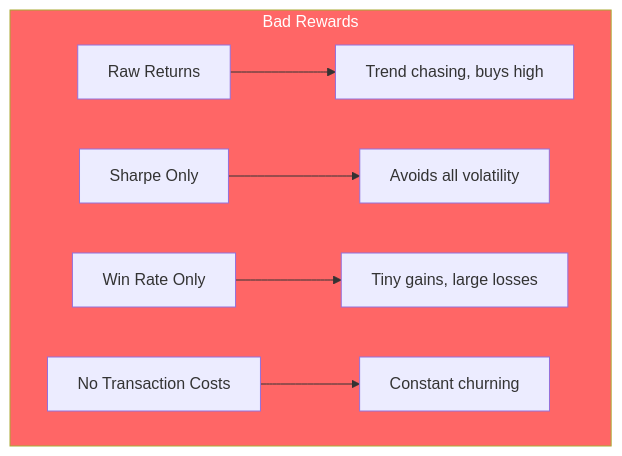
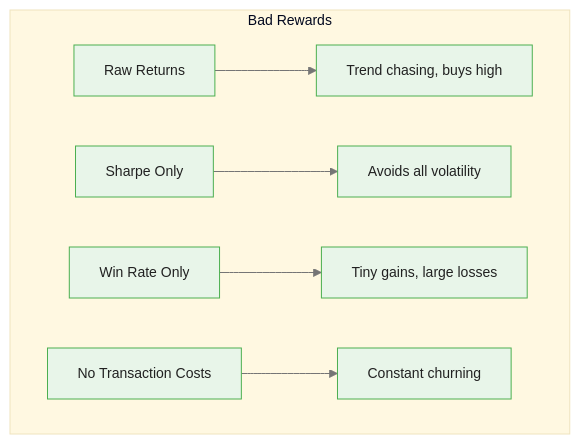
One commit to m-deane/course-creator changed the first of 4 diagrams in courses/multi-armed-bandits-ab-testing/modules/module_05_commodity_trading_bandits/guides/02_reward_design_commodities_slides.md. Above: the diagram before and after it, drawn with Mermaid. The commit also changed other lines of this file and 146 other files, not shown here.

````diff
--- a/courses/multi-armed-bandits-ab-testing/modules/module_05_commodity_trading_bandits/guides/02_reward_design_commodities_slides.md
+++ b/courses/multi-armed-bandits-ab-testing/modules/module_05_commodity_trading_bandits/guides/02_reward_design_commodities_slides.md
@@ -29,11 +36,10 @@
 ```mermaid
+%%{init: {"theme": "base", "themeVariables": {"primaryColor": "#e8f5e9", "primaryBorderColor": "#4caf50", "primaryTextColor": "#212121", "secondaryColor": "#e3f2fd", "tertiaryColor": "#fff8e1", "lineColor": "#757575", "fontFamily": "Inter, sans-serif", "fontSize": "14px"}}}%%
 flowchart TD
     subgraph Bad["Bad Rewards"]
         R1["Raw Returns"] --> B1["Trend chasing, buys high"]
         R2["Sharpe Only"] --> B2["Avoids all volatility"]
         R3["Win Rate Only"] --> B3["Tiny gains, large losses"]
         R4["No Transaction Costs"] --> B4["Constant churning"]
     end
-
-    style Bad fill:#f66,color:#fff
 ```
````
